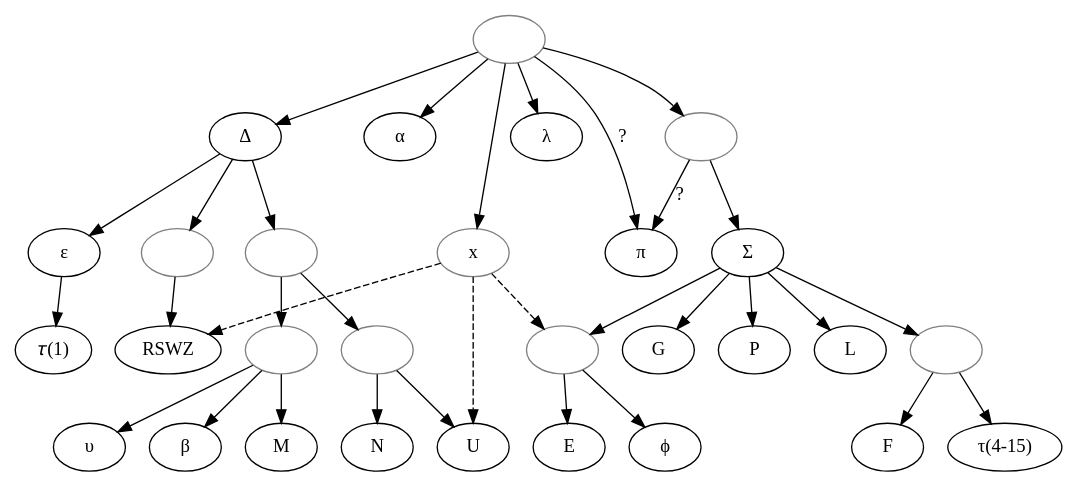
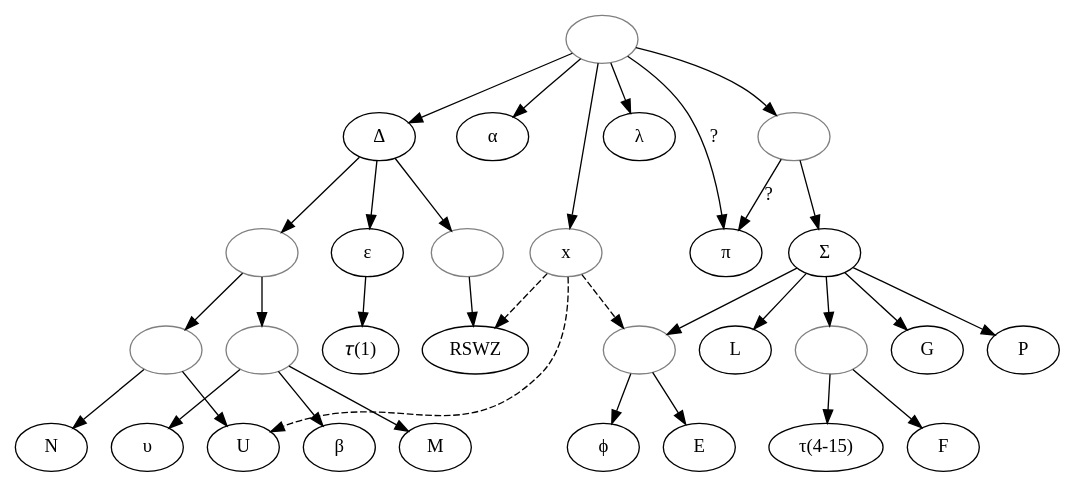
Before and after one commit to OpenStemmata/database: the diagram in data/lat/Kenney_1995_Metamorphoses/stemma.gv, drawn with Graphviz.

Commit message:
Corrected superfluous lines

```diff
--- a/data/lat/Kenney_1995_Metamorphoses/stemma.gv
+++ b/data/lat/Kenney_1995_Metamorphoses/stemma.gv
@@ -1,69 +1,60 @@
 digraph {
 archetyp[color="grey", label=""];
 delta[label=" Δ"];
 epsilon[label="ɛ"];
 tau1[label="𝜏(1)"];
 ypsilon[label="υ"];
 beta[label="β"];
-M;
-N;
-U;
-RSWZ;
 alpha[label="α"];
 x[color="grey"];
 lambda[label="λ"];
 pi[label="π"];
 sigma[label="Σ"];
-E;
 phi[label="ϕ"];
-G;
-P;
-F;
 tau[label="τ(4-15)"];
-L;
 preRSWZ[color="grey", label=""];
 1 [color="grey", label=""];
 2 [color="grey", label=""];
 3 [color="grey", label=""];
 4 [color="grey", label=""];
 5 [color="grey", label=""];
 6 [color="grey", label=""];
 
 archetyp -> delta;
 archetyp -> alpha;
 archetyp -> x;
 archetyp -> lambda;
 archetyp -> pi [label="?"];
 
 delta -> epsilon;
 epsilon -> tau1;
 delta -> preRSWZ;
 preRSWZ -> RSWZ;
 delta -> 1;
 1 -> 2;
 2 -> ypsilon;
 2 -> beta;
 2 -> M;
 1-> 3;
 3 -> N;
 3 -> U;
 
 x -> U [style="dashed"];
 x -> RSWZ [style="dashed"];
 x -> 5 [style="dashed"];
 
 archetyp -> 4;
 4 -> pi [label="?"];
 4 -> sigma;
 sigma -> 5;
 5 -> E;
 5 -> phi;
 sigma -> G;
 sigma -> P;
 sigma -> 6;
 6 -> F;
 6 -> tau;
 sigma -> L;
 
 
 }
```
